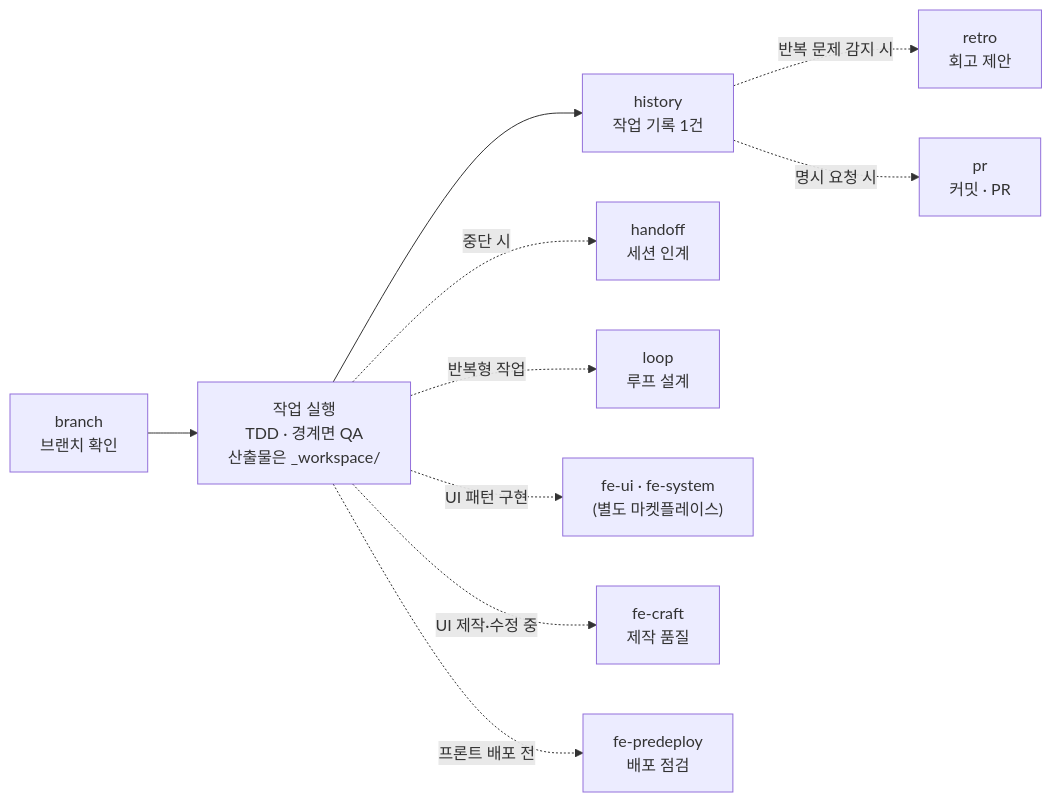
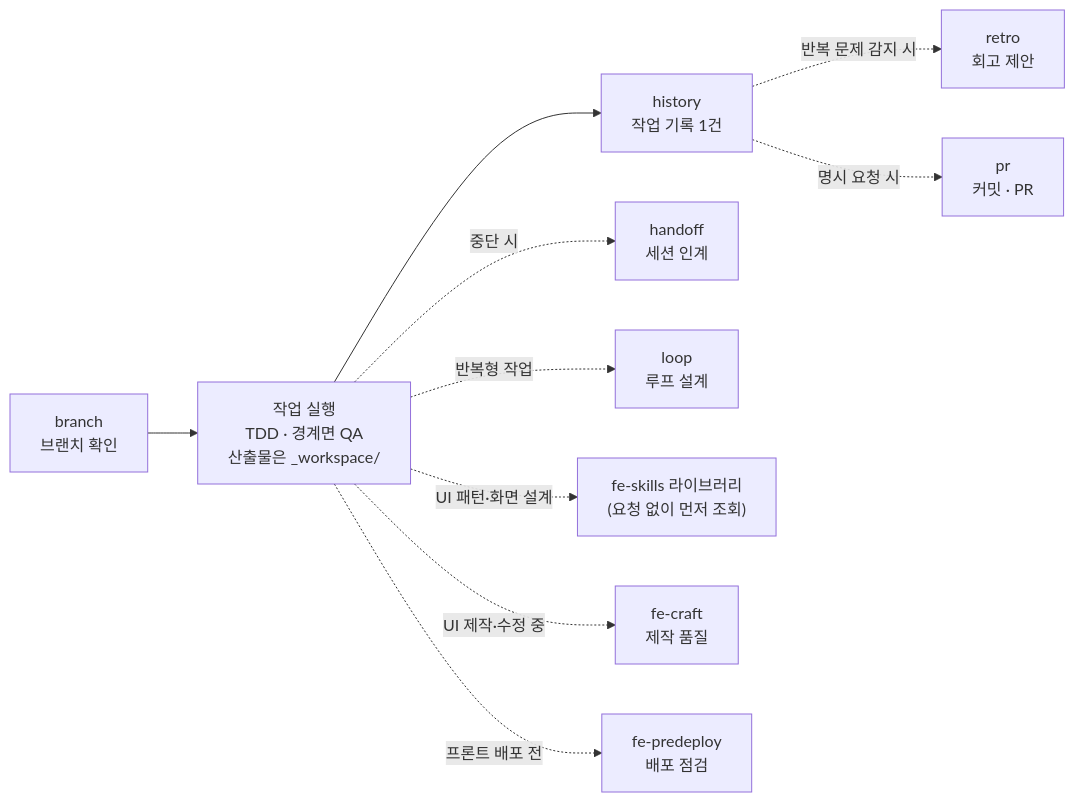
The diagram in README.md (Guksu/guksu-harness), drawn with Mermaid before and after one commit. The commit also changed other lines of this file and 7 other files, not shown here.

````diff
--- a/README.md
+++ b/README.md
@@ -430,12 +434,12 @@
 ```mermaid
 flowchart LR
     B["branch<br/>브랜치 확인"] --> W["작업 실행<br/>TDD · 경계면 QA<br/>산출물은 _workspace/"]
     W --> D["history<br/>작업 기록 1건"]
     D -. 반복 문제 감지 시 .-> T["retro<br/>회고 제안"]
     D -. 명시 요청 시 .-> P["pr<br/>커밋 · PR"]
     W -. 중단 시 .-> H["handoff<br/>세션 인계"]
     W -. 반복형 작업 .-> L["loop<br/>루프 설계"]
-    W -. UI 패턴 구현 .-> U["fe-ui · fe-system<br/>(별도 마켓플레이스)"]
+    W -. UI 패턴·화면 설계 .-> U["fe-skills 라이브러리<br/>(요청 없이 먼저 조회)"]
     W -. UI 제작·수정 중 .-> C["fe-craft<br/>제작 품질"]
     W -. 프론트 배포 전 .-> F["fe-predeploy<br/>배포 점검"]
 ```
````
